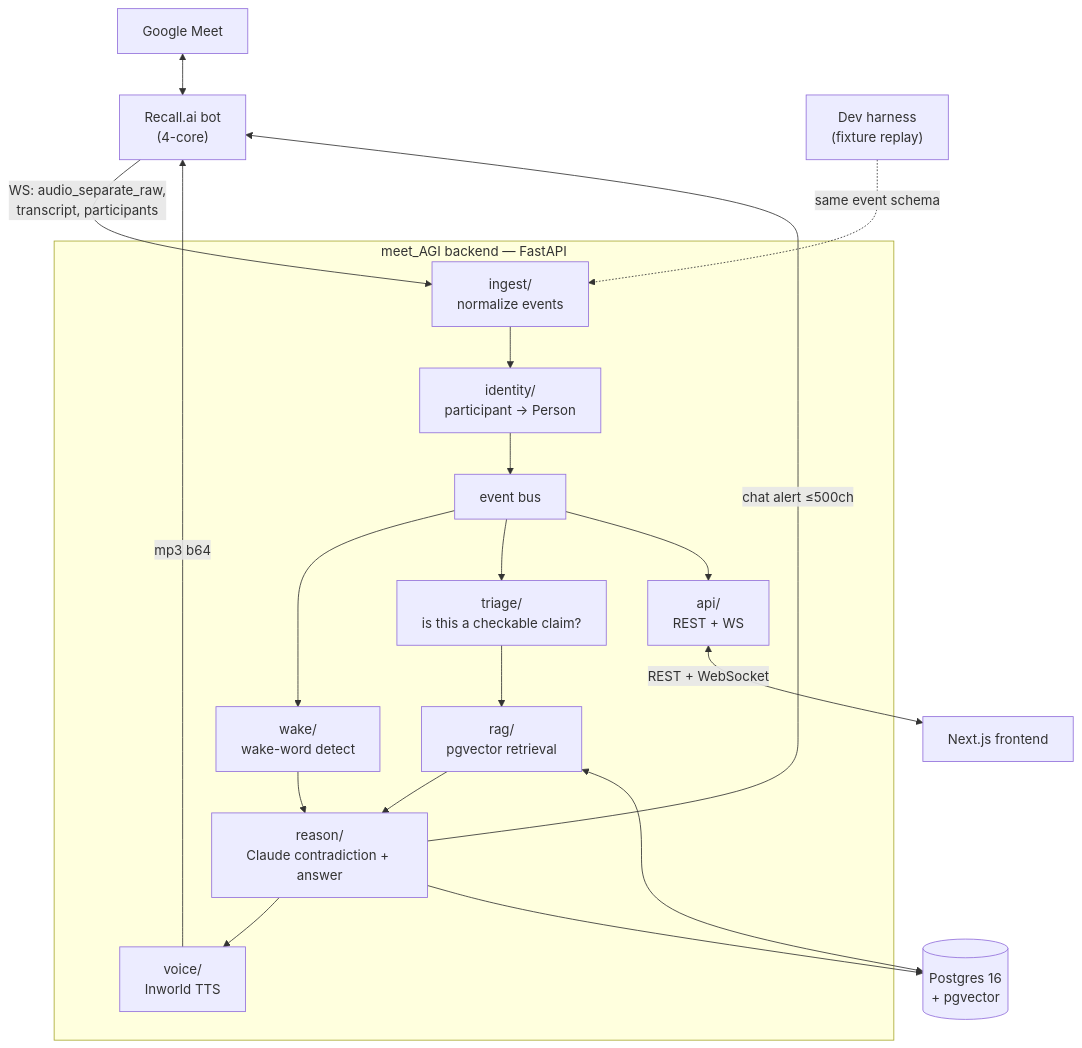
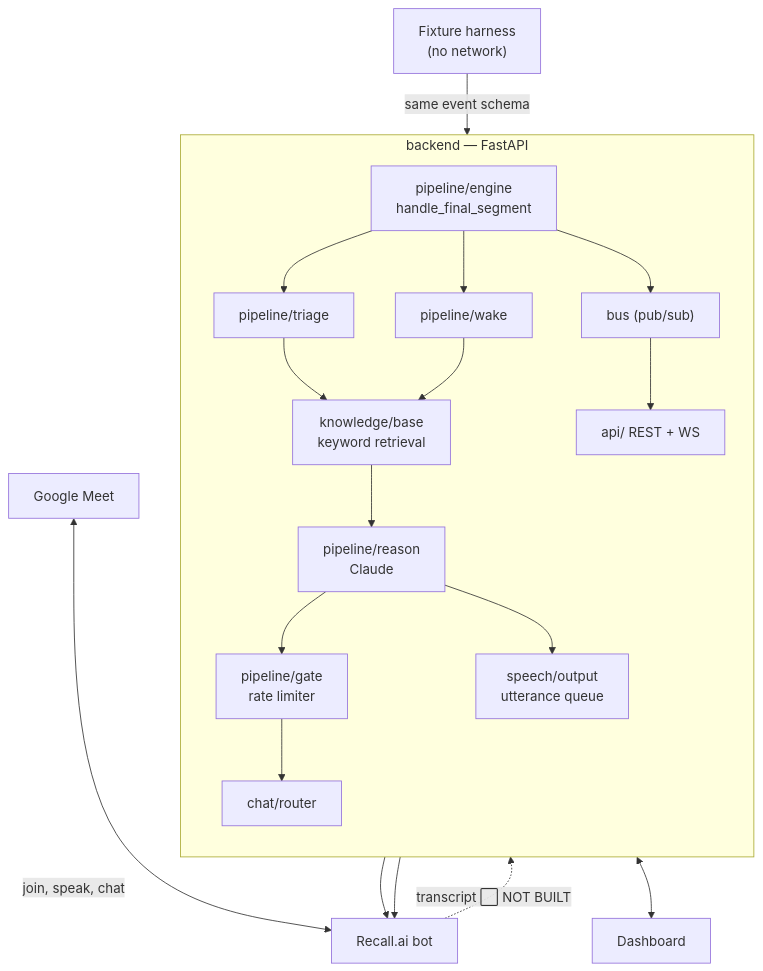
One commit to civiliangame/meet_AGI changed the diagram in DESIGN.md. Above: the diagram before and after it, drawn with Mermaid. The commit also changed other lines of this file, not shown here.

````diff
--- a/DESIGN.md
+++ b/DESIGN.md
@@ -62,37 +89,34 @@
 ```mermaid
 flowchart TB
     GM["Google Meet"]
-    RC["Recall.ai bot<br/>(4-core)"]
-    HARNESS["Dev harness<br/>(fixture replay)"]
+    RC["Recall.ai bot"]
+    HARNESS["Fixture harness<br/>(no network)"]
 
-    subgraph BE["meet_AGI backend — FastAPI"]
-        ING["ingest/<br/>normalize events"]
-        IDENT["identity/<br/>participant → Person"]
-        BUS["event bus"]
-        WAKE["wake/<br/>wake-word detect"]
-        TRIAGE["triage/<br/>is this a checkable claim?"]
-        RAG["rag/<br/>pgvector retrieval"]
-        REASON["reason/<br/>Claude contradiction + answer"]
-        VOICE["voice/<br/>Inworld TTS"]
-        API["api/<br/>REST + WS"]
+    subgraph BE["backend — FastAPI"]
+        direction TB
+        ENGINE["pipeline/engine<br/>handle_final_segment"]
+        WAKE["pipeline/wake"]
+        TRIAGE["pipeline/triage"]
+        KB["knowledge/base<br/>keyword retrieval"]
+        REASON["pipeline/reason<br/>Claude"]
+        GATE["pipeline/gate<br/>rate limiter"]
+        SPEECH["speech/output<br/>utterance queue"]
+        CHAT["chat/router"]
+        BUS["bus (pub/sub)"]
+        API["api/ REST + WS"]
     end
 
-    DB[("Postgres 16<br/>+ pgvector")]
-    FE["Next.js frontend"]
+    FE["Dashboard"]
 
-    GM <--> RC
-    RC -->|"WS: audio_separate_raw,<br/>transcript, participants"| ING
-    HARNESS -.->|"same event schema"| ING
-    ING --> IDENT --> BUS
-    BUS --> WAKE
-    BUS --> TRIAGE
-    TRIAGE --> RAG --> REASON
-    WAKE --> REASON
-    REASON --> VOICE
-    VOICE -->|"mp3 b64"| RC
-    REASON -->|"chat alert ≤500ch"| RC
-    REASON --> DB
-    RAG <--> DB
-    BUS --> API
-    API <-->|"REST + WebSocket"| FE
+    GM <-->|"join, speak, chat"| RC
+    RC -.->|"transcript ⬜ NOT BUILT"| ENGINE
+    HARNESS -->|"same event schema"| ENGINE
+
+    ENGINE --> WAKE
+    ENGINE --> TRIAGE
+    TRIAGE --> KB --> REASON --> GATE
+    WAKE --> KB
+    GATE --> CHAT --> RC
+    REASON --> SPEECH --> RC
+    ENGINE --> BUS --> API <--> FE
 ```
````
